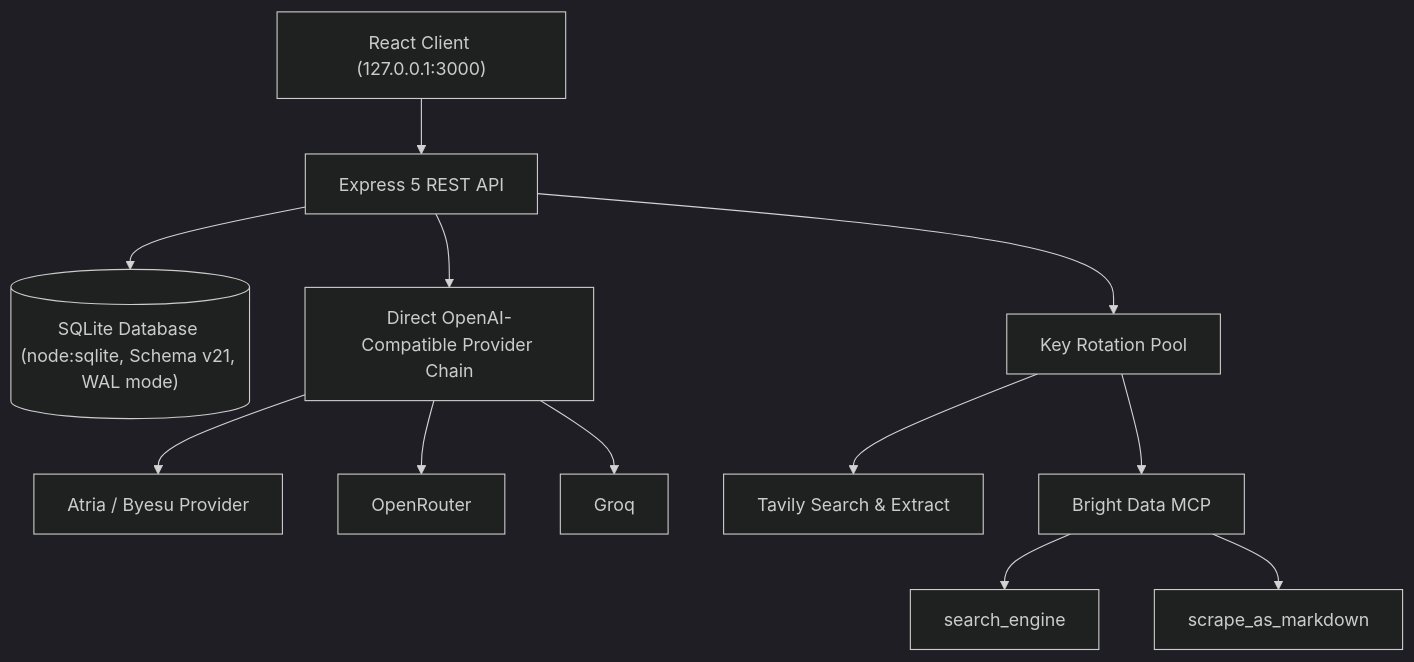
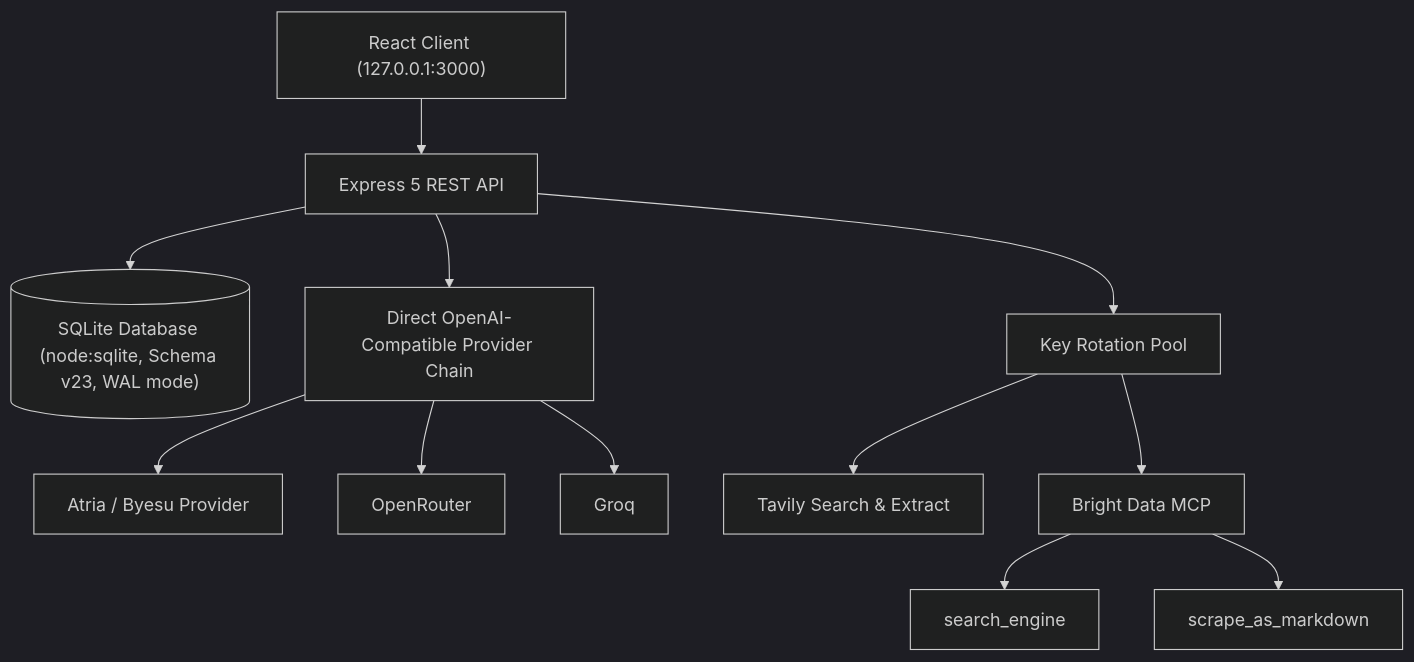
Before and after one commit to AliasHolmes/Apex-CRM: the second of 2 diagrams in README.md, drawn with Mermaid (dark theme). The commit also changed other lines of this file and 3 other files, not shown here.

````diff
--- a/README.md
+++ b/README.md
@@ -148,16 +148,16 @@
 ```mermaid
 graph TD
     UI["React Client (127.0.0.1:3000)"] --> API["Express 5 REST API"]
-    API --> DB[("SQLite Database (node:sqlite, Schema v21, WAL mode)")]
+    API --> DB[("SQLite Database (node:sqlite, Schema v23, WAL mode)")]
 
     API --> Direct["Direct OpenAI-Compatible Provider Chain"]
     Direct --> Primary["Atria / Byesu Provider"]
     Direct --> OpenRouter["OpenRouter"]
     Direct --> Groq["Groq"]
 
     API --> KeyRotator["Key Rotation Pool"]
     KeyRotator --> Tavily["Tavily Search & Extract"]
     KeyRotator --> MCP["Bright Data MCP"]
     MCP --> BDSearch["search_engine"]
     MCP --> BDScrape["scrape_as_markdown"]
 ```
````
